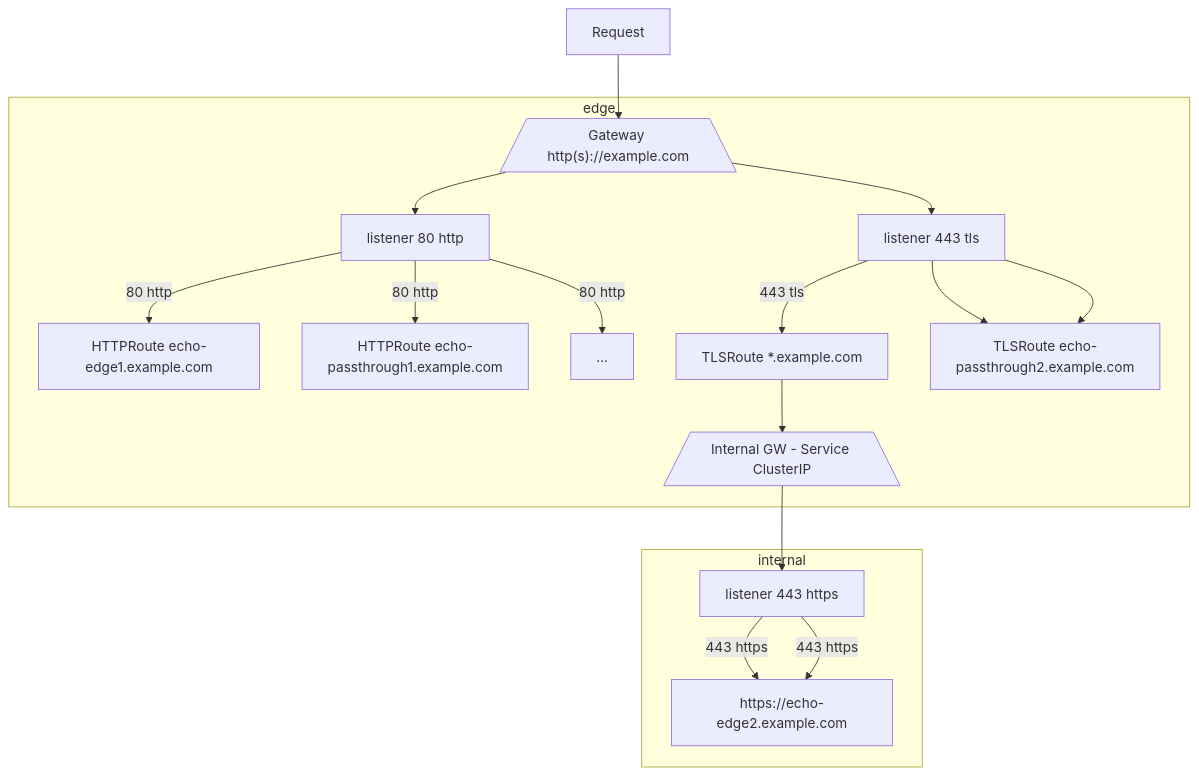
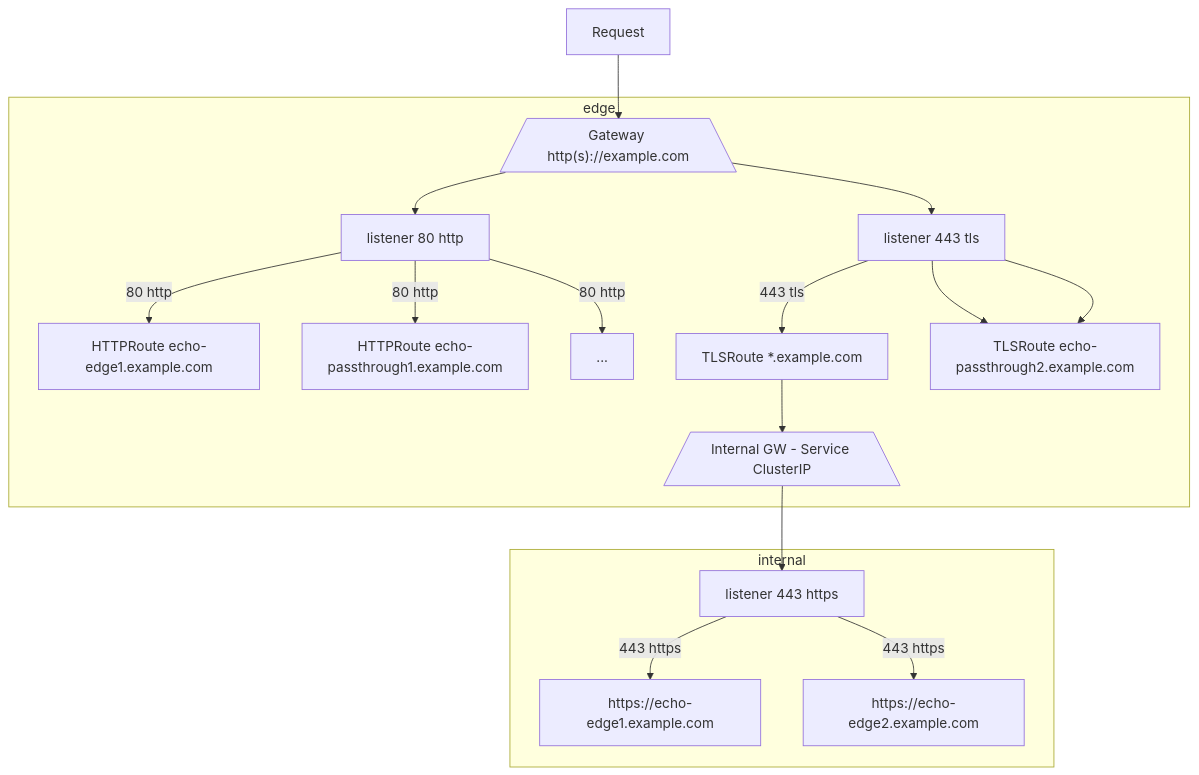
The diagram in README.md (gernoteger/contour-apigateway), drawn with Mermaid before and after one commit.

````diff
--- a/README.md
+++ b/README.md
@@ -37,20 +37,20 @@
 ```mermaid
 graph TD
     R[Request]-->GWEdge[/"Gateway http(s)://example.com"\];
     subgraph edge
         GWEdge-->LE1[listener 80 http];
         GWEdge-->LE2[listener 443 tls];
         LE1-->|80 http|HTTPRoute1[HTTPRoute echo-edge1.example.com];
         LE1-->|80 http|HTTPRoute2[HTTPRoute echo-passthrough1.example.com];
         LE1-->|80 http|HTTPRoute3[...];
         LE2-->|443 tls|TLSRouteEdge["TLSRoute *.example.com"];
         LE2-->TLSRoute1["TLSRoute echo-passthrough1.example.com"];
         LE2-->TLSRoute1["TLSRoute echo-passthrough2.example.com"];
         TLSRouteEdge-->GWInternal[/"Internal GW - Service ClusterIP"\];
     end
     subgraph internal
         GWInternal-->LI1[listener 443 https];
         LI1-->|443 https|HTTPRouteHttps1["https://echo-edge1.example.com"];
-        LI1-->|443 https|HTTPRouteHttps1["https://echo-edge2.example.com"];
+        LI1-->|443 https|HTTPRouteHttps2["https://echo-edge2.example.com"];
     end
 ```
````
